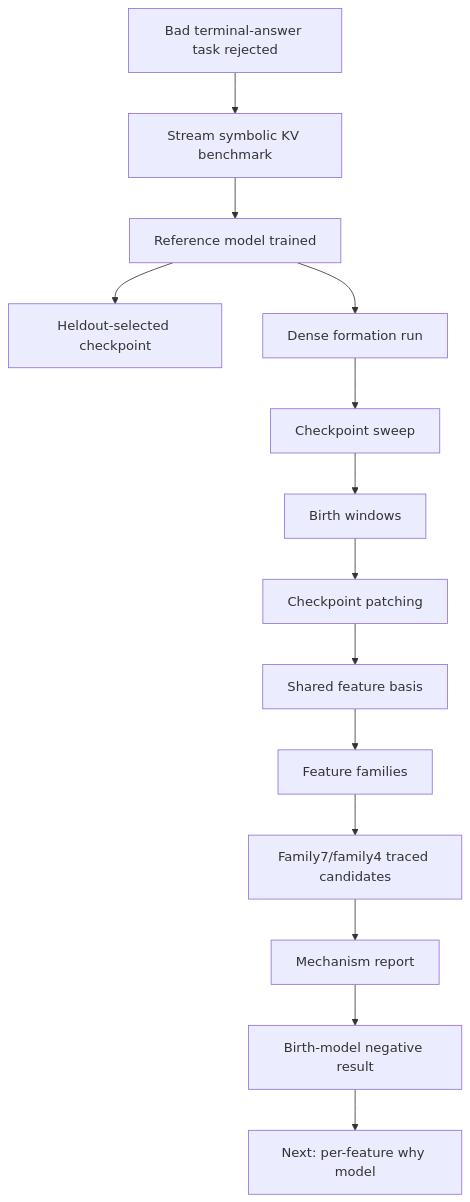
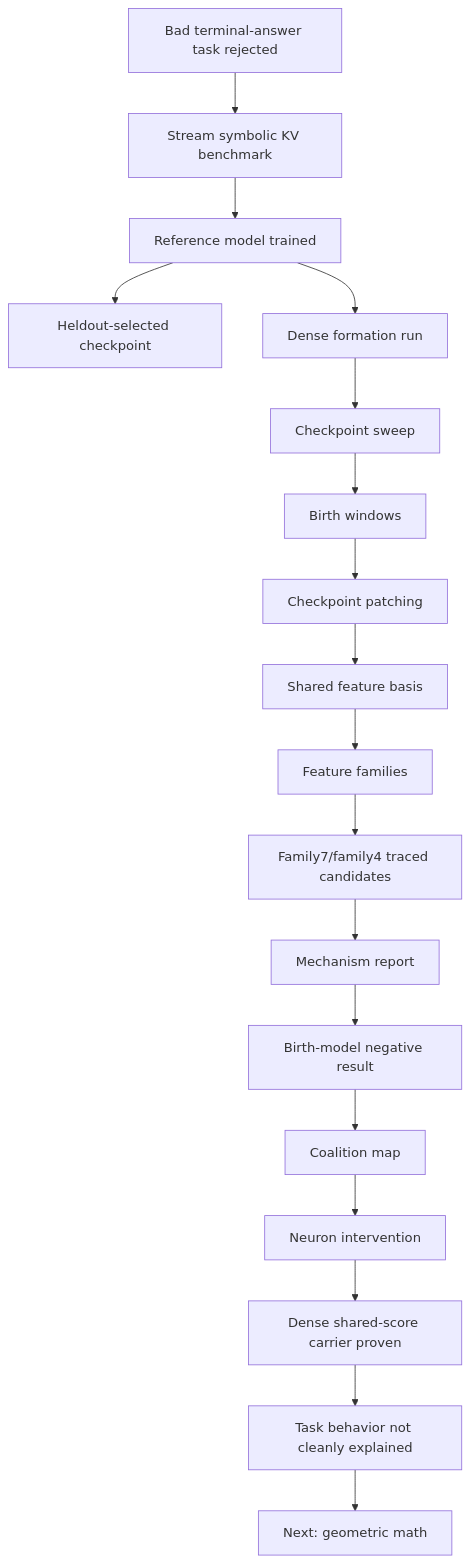
The third of 3 diagrams in docs/index.md (nelson960/Circuits), drawn with Mermaid before and after one commit. The commit also changed other lines of this file and 12 other files, not shown here.

````diff
--- a/docs/index.md
+++ b/docs/index.md
@@ -685,16 +947,20 @@
 ```mermaid
 flowchart TD
   A["Bad terminal-answer task rejected"] --> B["Stream symbolic KV benchmark"]
   B --> C["Reference model trained"]
   C --> D["Heldout-selected checkpoint"]
   C --> E["Dense formation run"]
   E --> F["Checkpoint sweep"]
   F --> G["Birth windows"]
   G --> H["Checkpoint patching"]
   H --> I["Shared feature basis"]
   I --> J["Feature families"]
   J --> K["Family7/family4 traced candidates"]
   K --> L["Mechanism report"]
   L --> M["Birth-model negative result"]
-  M --> N["Next: per-feature why model"]
+  M --> N["Coalition map"]
+  N --> O["Neuron intervention"]
+  O --> P["Dense shared-score carrier proven"]
+  P --> Q["Task behavior not cleanly explained"]
+  Q --> R["Next: geometric math"]
 ```
````
